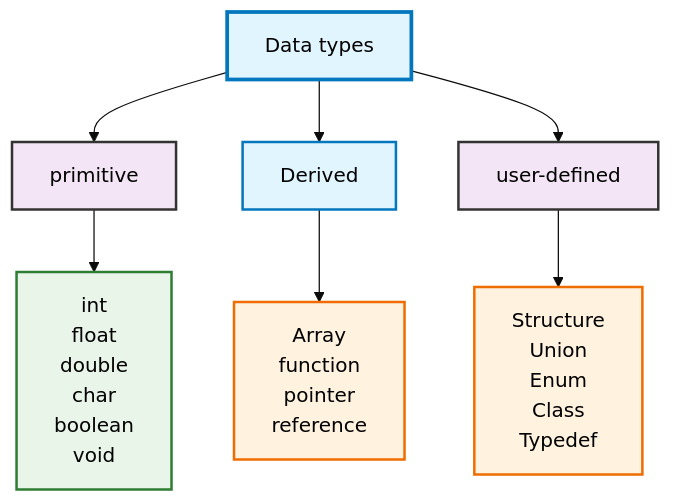
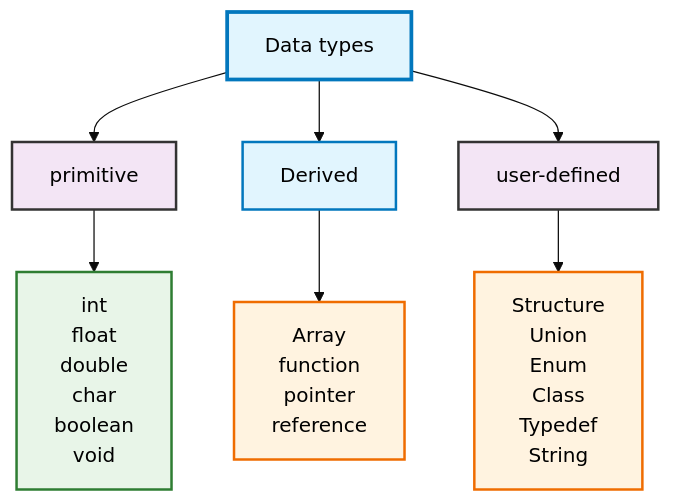
Before and after one commit to siddharthkumarrai/Cpp_Guide: the second of 2 diagrams in README.md, drawn with Mermaid (base theme).

````diff
--- a/README.md
+++ b/README.md
@@ -64,18 +64,18 @@
 ```mermaid
 graph TD
     A["Data types"] --> B["primitive"]
     A --> C["Derived"]
     A --> D["user-defined"]
     
     B --> E["int<br/>float<br/>double<br/>char<br/>boolean<br/>void"]
     C --> F["Array<br/>function<br/>pointer<br/>reference"]
-    D --> G["Structure<br/>Union<br/>Enum<br/>Class<br/>Typedef"]
+    D --> G["Structure<br/>Union<br/>Enum<br/>Class<br/>Typedef<br/>String"]
     
     style A fill:#e1f5fe,stroke:#0277bd,stroke-width:3px,color:#000
     style B fill:#f3e5f5,stroke:#333,stroke-width:2px,color:#000
     style C fill:#e1f5fe,stroke:#0277bd,stroke-width:2px,color:#000
     style D fill:#f3e5f5,stroke:#333,stroke-width:2px,color:#000
     style E fill:#e8f5e8,stroke:#2e7d32,stroke-width:2px,color:#000
     style F fill:#fff3e0,stroke:#ef6c00,stroke-width:2px,color:#000
     style G fill:#fff3e0,stroke:#ef6c00,stroke-width:2px,color:#000
 ```
````
